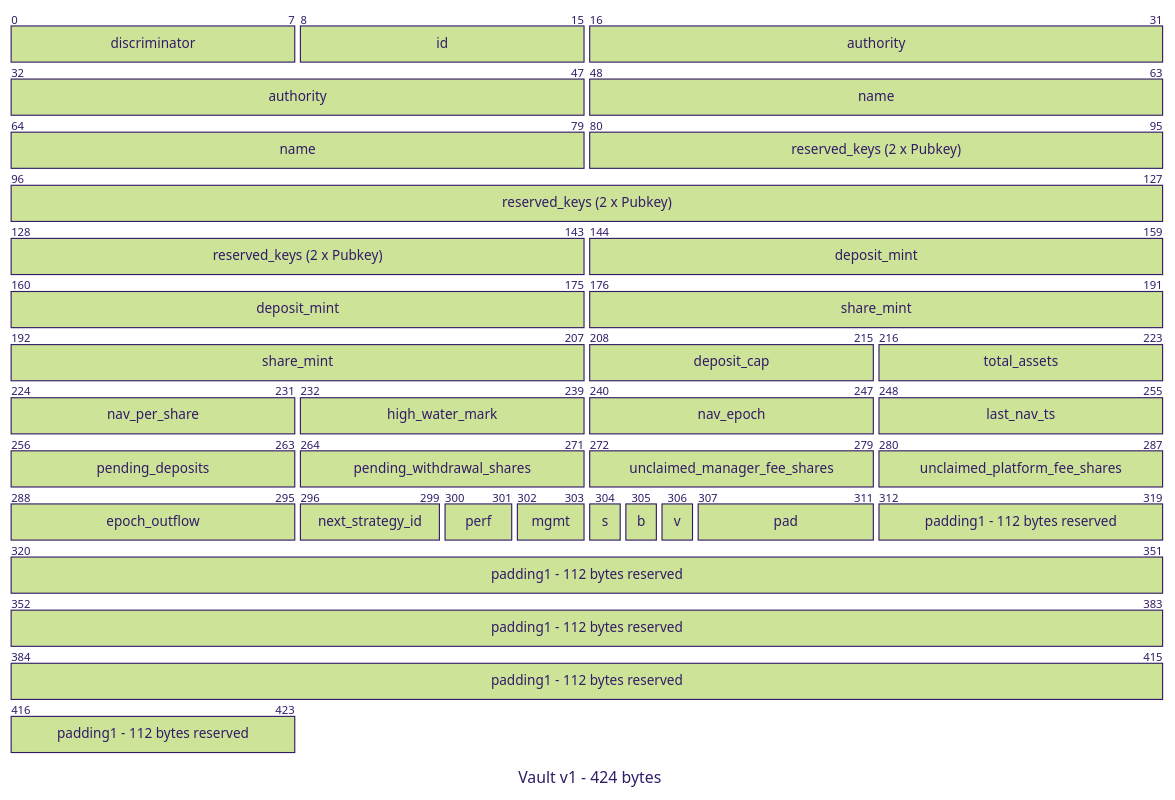
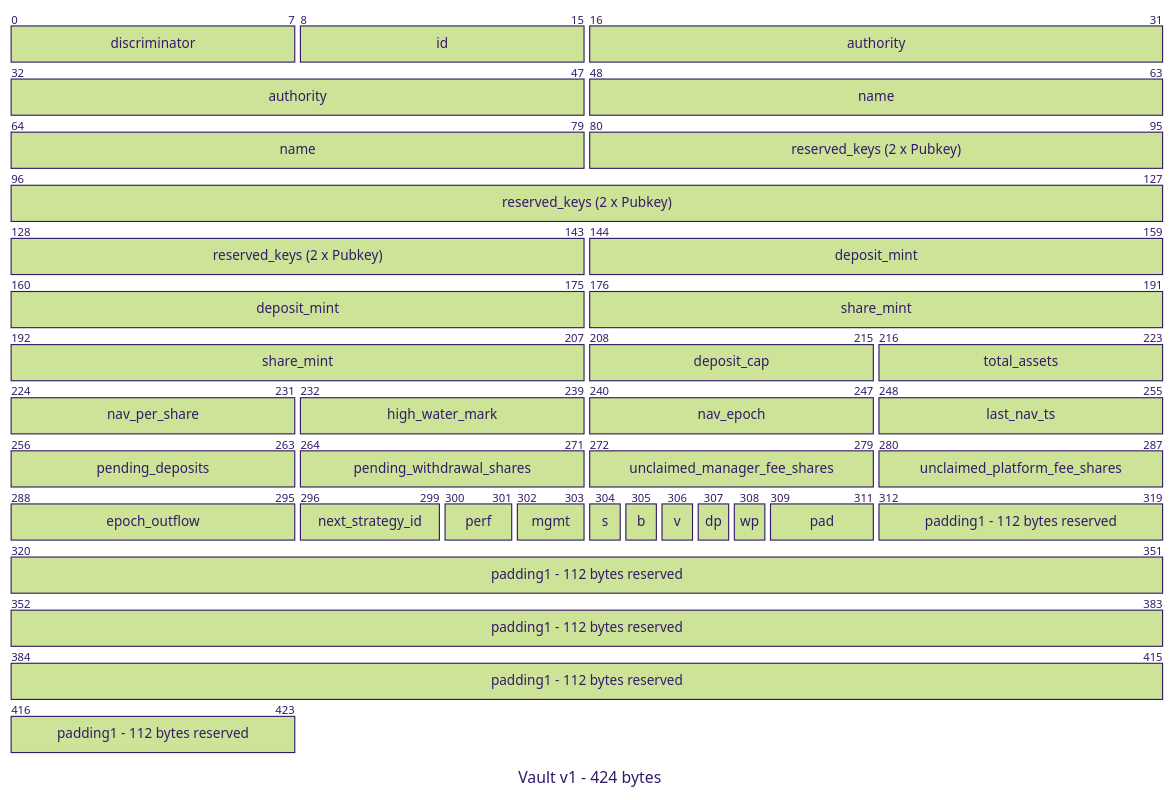
Before and after one commit to HedginVault/programs: the sixth of 21 diagrams in docs/architecture-evolution.md, drawn with Mermaid (forest theme). The commit also changed 12 other files, not shown here.

````diff
--- a/docs/architecture-evolution.md
+++ b/docs/architecture-evolution.md
@@ -180,30 +180,32 @@
 ```mermaid
 packet-beta
 title Vault v1 - 424 bytes
 0-7: "discriminator"
 8-15: "id"
 16-47: "authority"
 48-79: "name"
 80-143: "reserved_keys (2 x Pubkey)"
 144-175: "deposit_mint"
 176-207: "share_mint"
 208-215: "deposit_cap"
 216-223: "total_assets"
 224-231: "nav_per_share"
 232-239: "high_water_mark"
 240-247: "nav_epoch"
 248-255: "last_nav_ts"
 256-263: "pending_deposits"
 264-271: "pending_withdrawal_shares"
 272-279: "unclaimed_manager_fee_shares"
 280-287: "unclaimed_platform_fee_shares"
 288-295: "epoch_outflow"
 296-299: "next_strategy_id"
 300-301: "perf"
 302-303: "mgmt"
 304: "s"
 305: "b"
 306: "v"
-307-311: "pad"
+307: "dp"
+308: "wp"
+309-311: "pad"
 312-423: "padding1 - 112 bytes reserved"
 ```
````
